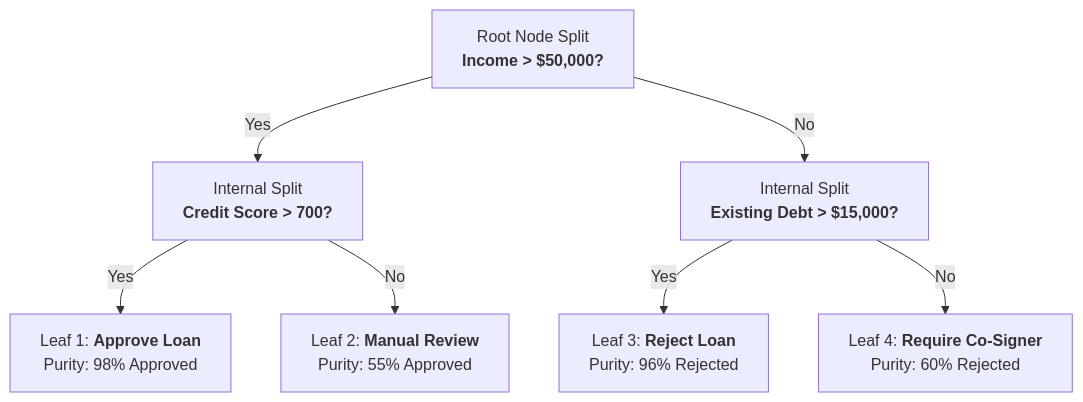
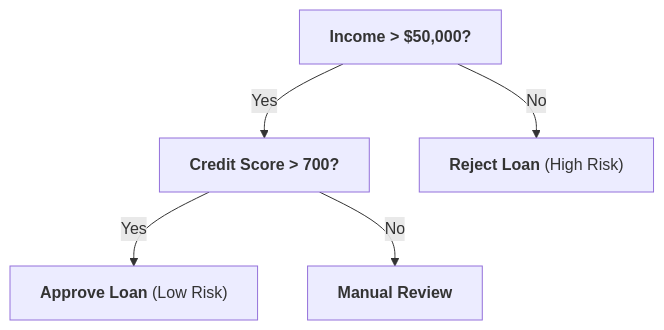
One commit to rahulkumarjha26/genai-study-materials changed the diagram in ML_CORE_CONCEPTS.md. Above: the diagram before and after it, drawn with Mermaid. The commit also changed other lines of this file, not shown here.

Commit message:
Streamline ML_CORE_CONCEPTS.md into a concise, high-yield basic ML interview cheat-sheet

````diff
--- a/ML_CORE_CONCEPTS.md
+++ b/ML_CORE_CONCEPTS.md
@@ -295,13 +99,8 @@
 ```mermaid
 flowchart TD
-    Root["Root Node Split<br/><b>Income > $50,000?</b>"]
-    
-    Root -- Yes --> N1["Internal Split<br/><b>Credit Score > 700?</b>"]
-    Root -- No --> N2["Internal Split<br/><b>Existing Debt > $15,000?</b>"]
-    
-    N1 -- Yes --> L1["Leaf 1: <b>Approve Loan</b><br/>Purity: 98% Approved"]
-    N1 -- No --> L2["Leaf 2: <b>Manual Review</b><br/>Purity: 55% Approved"]
-    
-    N2 -- Yes --> L3["Leaf 3: <b>Reject Loan</b><br/>Purity: 96% Rejected"]
-    N2 -- No --> L4["Leaf 4: <b>Require Co-Signer</b><br/>Purity: 60% Rejected"]
+    Root["<b>Income > $50,000?</b>"]
+    Root -- Yes --> N1["<b>Credit Score > 700?</b>"]
+    Root -- No --> L1["<b>Reject Loan</b> (High Risk)"]
+    N1 -- Yes --> L2["<b>Approve Loan</b> (Low Risk)"]
+    N1 -- No --> L3["<b>Manual Review</b>"]
 ```
````
